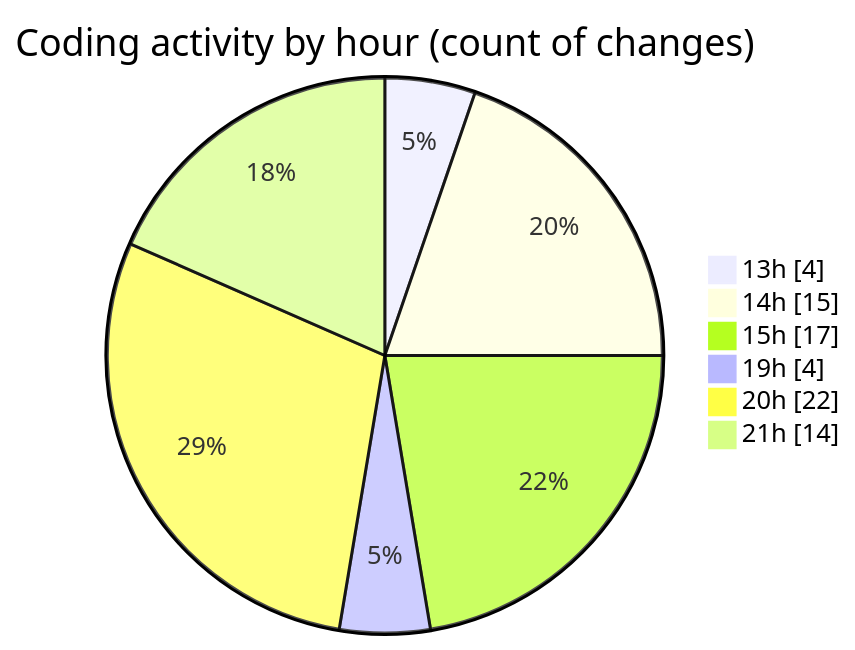
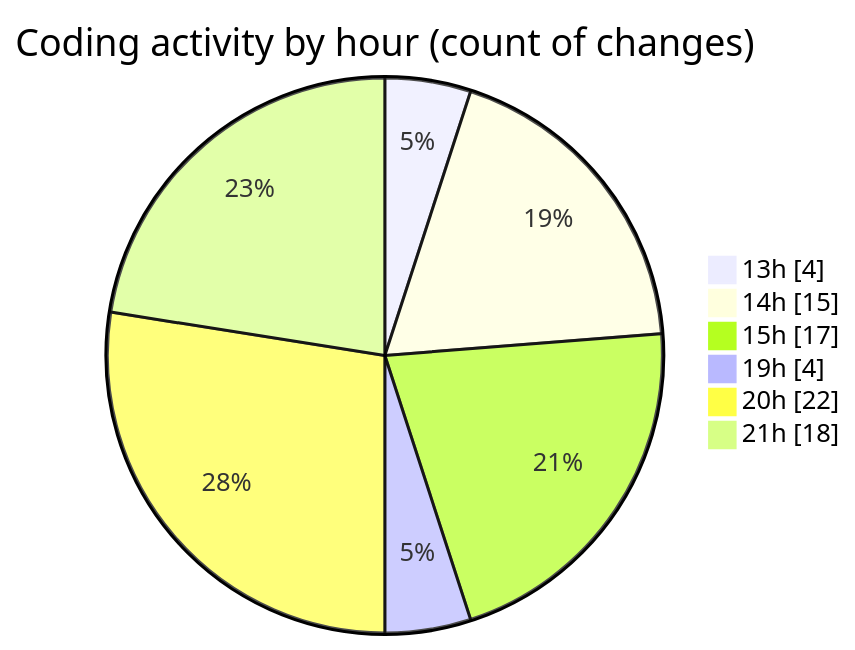
The second of 2 diagrams in 2025-01-21/projects/README.md (Ritupan-Deka/code-tracking), drawn with Mermaid before and after one commit. The commit also changed other lines of this file and 1 other file, not shown here.

````diff
--- a/2025-01-21/projects/README.md
+++ b/2025-01-21/projects/README.md
@@ -42,10 +42,10 @@
 ```mermaid
 pie showData
 title Coding activity by hour (count of changes)
 "13h" : 4
 "14h" : 15
 "15h" : 17
 "19h" : 4
 "20h" : 22
-"21h" : 14
+"21h" : 18
 ```
````
